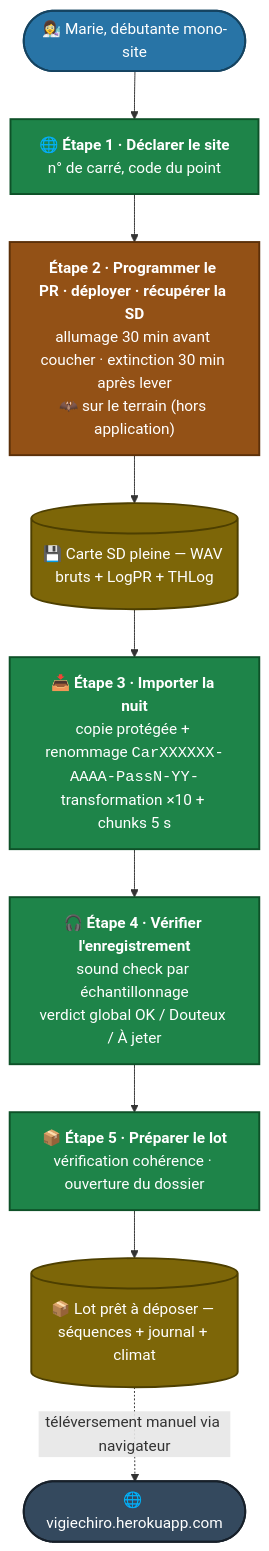
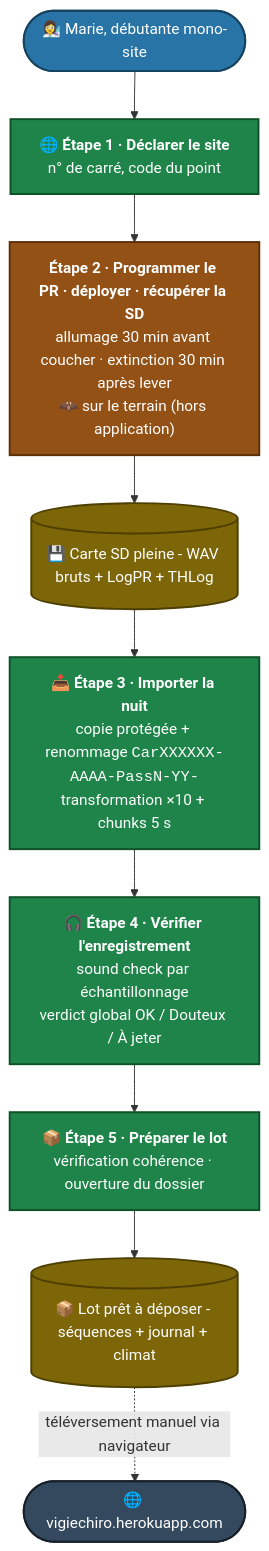
One commit to IUTInfoAix-S201/brief changed the diagram in docs/Analyse et conception/Parcours utilisateurs/P0 - plein écran.md. Above: the diagram before and after it, drawn with Mermaid. The commit also changed 25 other files, not shown here.

````diff
--- a/docs/Analyse et conception/Parcours utilisateurs/P0 - plein écran.md
+++ b/docs/Analyse et conception/Parcours utilisateurs/P0 - plein écran.md
@@ -31,32 +31,32 @@
 ```mermaid
 %%{init: {"themeCSS": ".nodeLabel, .nodeLabel p, .nodeLabel span { color: #fff !important; fill: #fff !important; }"}}%%
 flowchart TB
     Marie(["👩‍🔬 Marie, débutante mono-site"])
     Marie --> S1
     S1["🌐 <b>Étape 1 · Déclarer le site</b><br/>n° de carré, code du point"]
     S1 --> S2
     S2["<b>Étape 2 · Programmer le PR · déployer · récupérer la SD</b><br/>allumage 30 min avant coucher · extinction 30 min après lever<br/>🦇 sur le terrain (hors application)"]
     S2 --> SD
-    SD[("💾 Carte SD pleine — WAV bruts + LogPR + THLog")]
+    SD[("💾 Carte SD pleine - WAV bruts + LogPR + THLog")]
     SD --> S3
     S3["📥 <b>Étape 3 · Importer la nuit</b><br/>copie protégée + renommage <code>CarXXXXXX-AAAA-PassN-YY-</code><br/>transformation ×10 + chunks 5 s"]
     S3 --> S4
     S4["🎧 <b>Étape 4 · Vérifier l'enregistrement</b><br/>sound check par échantillonnage<br/>verdict global OK / Douteux / À jeter"]
     S4 --> S5
     S5["📦 <b>Étape 5 · Préparer le lot</b><br/>vérification cohérence · ouverture du dossier"]
     S5 --> Lot
-    Lot[("📦 Lot prêt à déposer — séquences + journal + climat")]
+    Lot[("📦 Lot prêt à déposer - séquences + journal + climat")]
     Lot -.téléversement manuel via navigateur.-> VC
     VC(["🌐 vigiechiro.herokuapp.com"])
 
     classDef step fill:#1e8449,stroke:#0e5128,color:#fff,stroke-width:2px
     classDef offapp fill:#935116,stroke:#5b3009,color:#fff,stroke-width:2px
     classDef artifact fill:#7d6608,stroke:#4d3f00,color:#fff,stroke-width:2px
     classDef ext fill:#34495e,stroke:#17202a,color:#fff,stroke-width:2px
     classDef actor fill:#2874a6,stroke:#154360,color:#fff,stroke-width:2px
     class S1,S3,S4,S5 step
     class S2 offapp
     class SD,Lot artifact
     class VC ext
     class Marie actor
 ```
````
